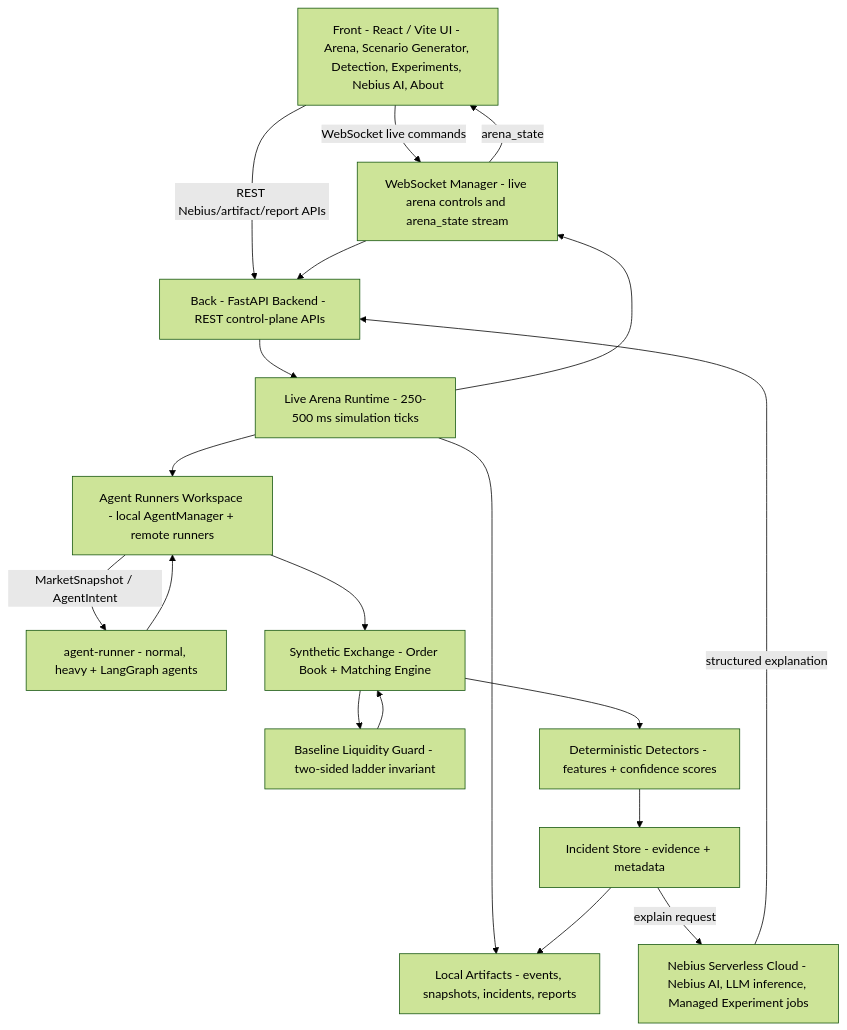
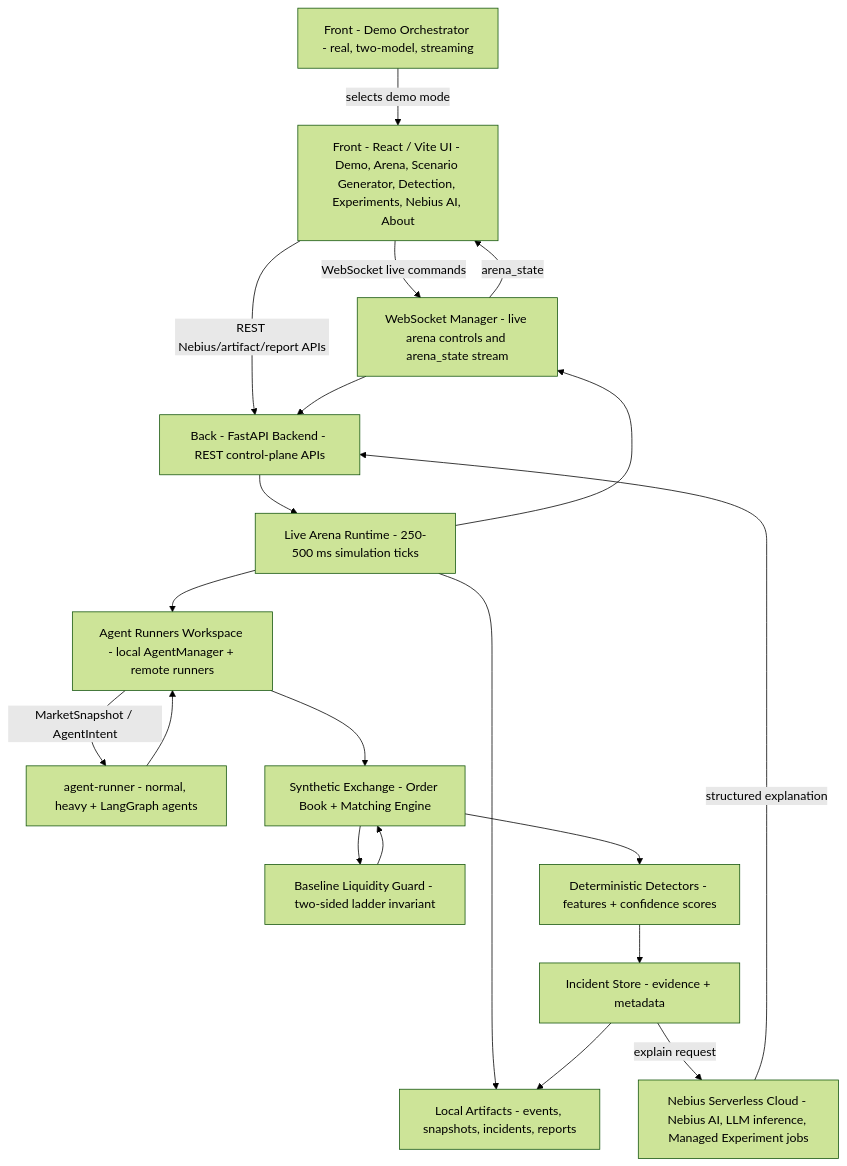
One commit to khab40/aimada changed the first of 4 diagrams in docs/architecture.md. Above: the diagram before and after it, drawn with Mermaid (forest theme). The commit also changed other lines of this file and 35 other files, not shown here.

Commit message:
feat(demo): add product demo flow

````diff
--- a/docs/architecture.md
+++ b/docs/architecture.md
@@ -21,34 +21,36 @@
 ```mermaid
 graph TD
-    UI["Front - React / Vite UI - Arena, Scenario Generator, Detection, Experiments, Nebius AI, About"]
+    Demo["Front - Demo Orchestrator - real, two-model, streaming"]
+    UI["Front - React / Vite UI - Demo, Arena, Scenario Generator, Detection, Experiments, Nebius AI, About"]
     API["Back - FastAPI Backend - REST control-plane APIs"]
     WS["WebSocket Manager - live arena controls and arena_state stream"]
     Runtime["Live Arena Runtime - 250-500 ms simulation ticks"]
     Agents["Agent Runners Workspace - local AgentManager + remote runners"]
     Runner["agent-runner - normal, heavy + LangGraph agents"]
     Exchange["Synthetic Exchange - Order Book + Matching Engine"]
     LiquidityGuard["Baseline Liquidity Guard - two-sided ladder invariant"]
     Detectors["Deterministic Detectors - features + confidence scores"]
     Incidents["Incident Store - evidence + metadata"]
     Explain["Nebius Serverless Cloud - Nebius AI, LLM inference, Managed Experiment jobs"]
     Artifacts["Local Artifacts - events, snapshots, incidents, reports"]
 
+    Demo -->|selects demo mode| UI
     UI -->|WebSocket live commands| WS
     UI -->|REST Nebius/artifact/report APIs| API
     WS --> API
     API --> Runtime
     Runtime --> Agents
     Agents -->|MarketSnapshot / AgentIntent| Runner
     Runner --> Agents
     Agents --> Exchange
     Exchange --> LiquidityGuard
     LiquidityGuard --> Exchange
     Exchange --> Detectors
     Detectors --> Incidents
     Runtime --> WS
     WS -->|arena_state| UI
     Incidents -->|explain request| Explain
     Explain -->|structured explanation| API
     Runtime --> Artifacts
     Incidents --> Artifacts
 ```
````
